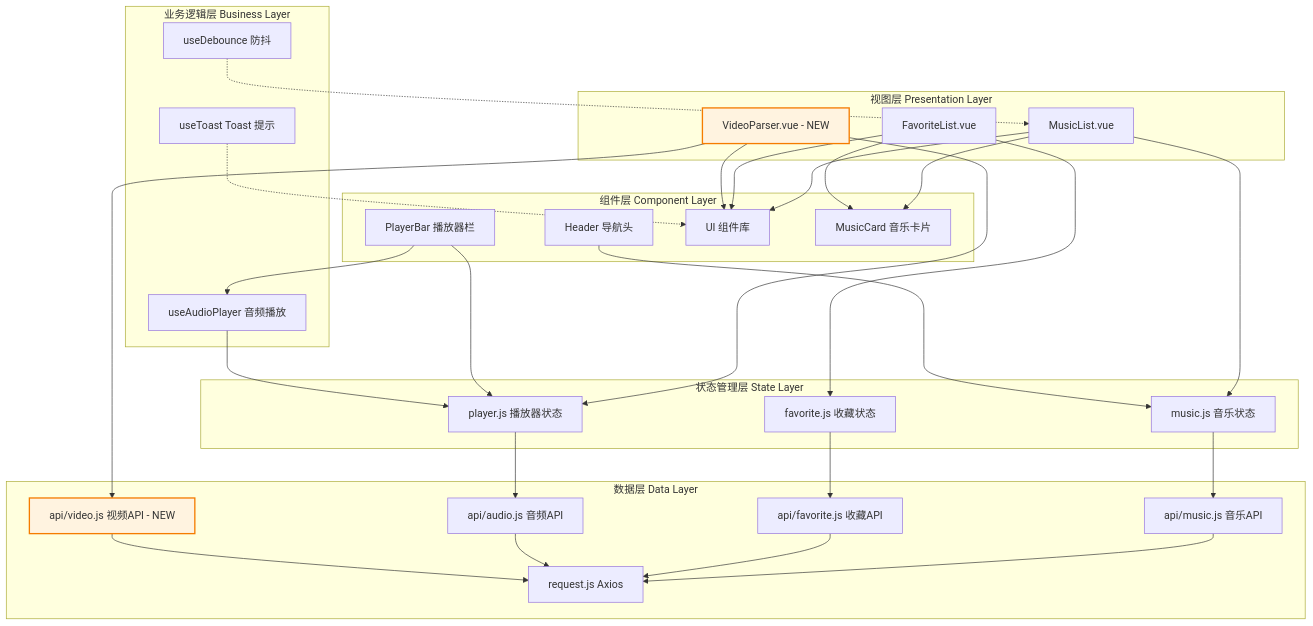
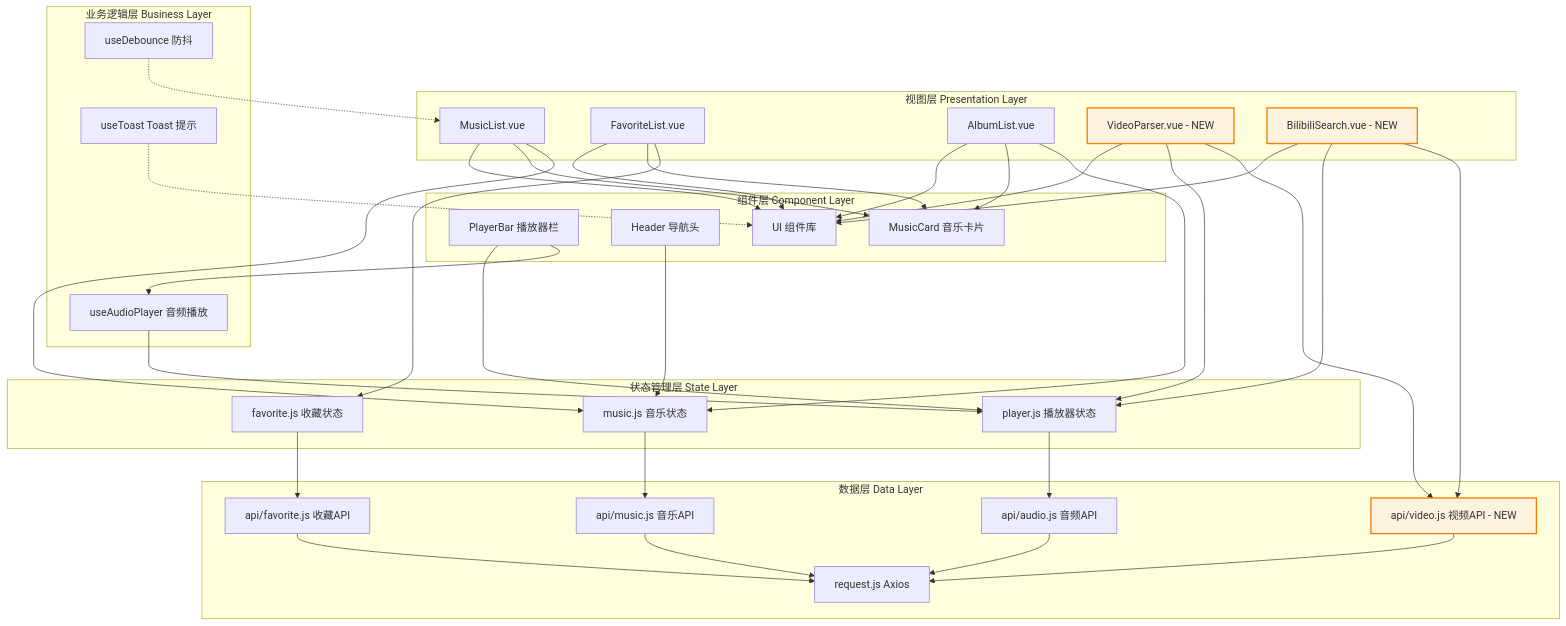
One commit to naruto055/wangyiyun-music-front changed the second of 2 diagrams in CLAUDE.md. Above: the diagram before and after it, drawn with Mermaid. The commit also changed other lines of this file and 6 other files, not shown here.

````diff
--- a/CLAUDE.md
+++ b/CLAUDE.md
@@ -159,66 +172,75 @@
 ```mermaid
 graph TB
     subgraph "视图层 Presentation Layer"
         A[MusicList.vue]
         B[FavoriteList.vue]
-        C[VideoParser.vue - NEW]
+        C[AlbumList.vue]
+        D[VideoParser.vue - NEW]
+        E[BilibiliSearch.vue - NEW]
     end
 
     subgraph "组件层 Component Layer"
-        D[PlayerBar 播放器栏]
-        E[Header 导航头]
-        F[UI 组件库]
-        G[MusicCard 音乐卡片]
+        F[PlayerBar 播放器栏]
+        G[Header 导航头]
+        H[UI 组件库]
+        I[MusicCard 音乐卡片]
     end
 
     subgraph "状态管理层 State Layer"
-        H[player.js 播放器状态]
-        I[music.js 音乐状态]
-        J[favorite.js 收藏状态]
+        J[player.js 播放器状态]
+        K[music.js 音乐状态]
+        L[favorite.js 收藏状态]
     end
 
     subgraph "业务逻辑层 Business Layer"
-        K[useAudioPlayer 音频播放]
-        L[useToast Toast 提示]
-        M[useDebounce 防抖]
+        M[useAudioPlayer 音频播放]
+        N[useToast Toast 提示]
+        O[useDebounce 防抖]
     end
 
     subgraph "数据层 Data Layer"
-        N[request.js Axios]
-        O[api/music.js 音乐API]
-        P[api/favorite.js 收藏API]
-        Q[api/audio.js 音频API]
-        R[api/video.js 视频API - NEW]
+        P[request.js Axios]
+        Q[api/music.js 音乐API]
+        R[api/favorite.js 收藏API]
+        S[api/audio.js 音频API]
+        T[api/video.js 视频API - NEW]
     end
 
-    A --> F
-    B --> F
-    C --> F
-    A --> G
-    B --> G
-
-    A --> I
-    B --> J
+    A --> H
+    B --> H
     C --> H
     D --> H
-    E --> I
+    E --> H
+    A --> I
+    B --> I
+    C --> I
 
-    D --> K
-    K --> H
+    A --> K
+    B --> L
+    C --> K
+    D --> J
+    E --> J
+    F --> J
+    G --> K
 
-    I --> O
-    J --> P
-    H --> Q
-    C --> R
+    F --> M
+    M --> J
 
-    O --> N
-    P --> N
-    Q --> N
-    R --> N
+    K --> Q
+    L --> R
+    J --> S
+    D --> T
+    E --> T
 
-    L -.-> F
-    M -.-> A
+    Q --> P
+    R --> P
+    S --> P
+    T --> P
 
-    style C fill:#fff3e0,stroke:#f57c00,stroke-width:2px
-    style R fill:#fff3e0,stroke:#f57c00,stroke-width:2px
+    N -.-> H
+    O -.-> A
+
+    style D fill:#fff3e0,stroke:#f57c00,stroke-width:2px
+    style E fill:#fff3e0,stroke:#f57c00,stroke-width:2px
+    style T fill:#fff3e0,stroke:#f57c00,stroke-width:2px
 ```
````
